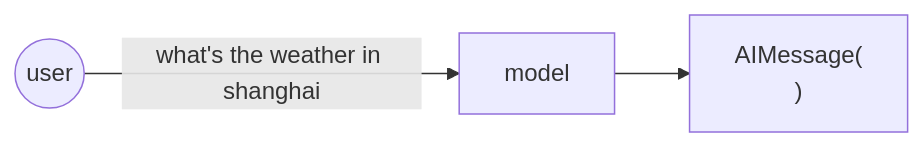
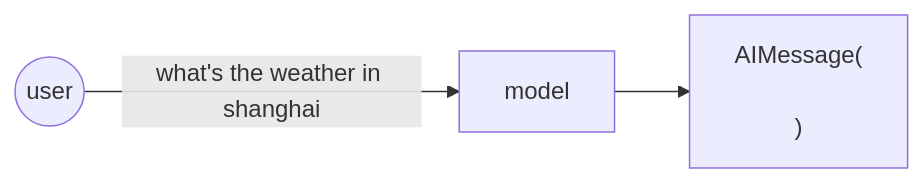
The diagram in all/未命名-28.md (ka1fe1/iodraw-files), drawn with Mermaid before and after one commit.

Commit message:
2024-10-22 17:44:31 update

````diff
--- a/all/未命名-28.md
+++ b/all/未命名-28.md
@@ -1,9 +1,9 @@
 ```mermaid
 flowchart LR
     s1((user))
     s2["model"]
-    s3["AIMessage(
+    s3["AIMessage(<br>
     )"]
 
     s1 -->|what's the weather in shanghai| s2 --> s3
 ```
````
